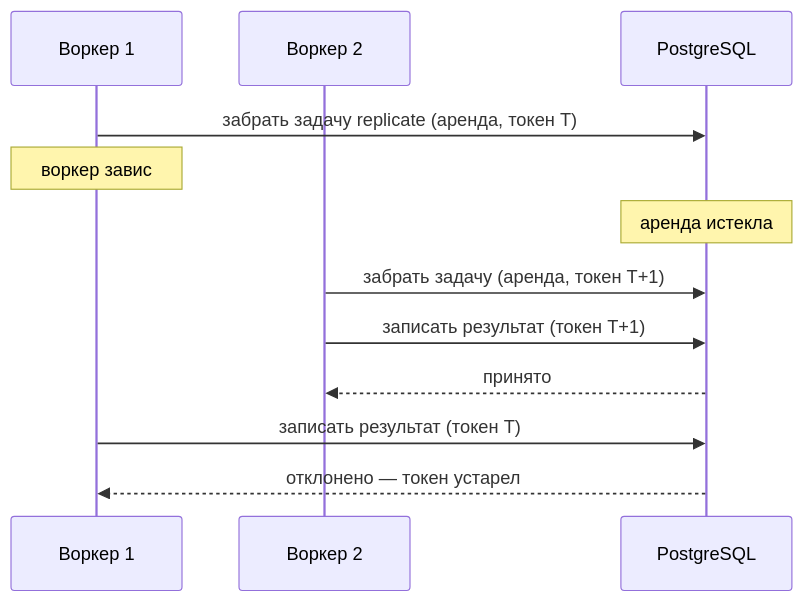
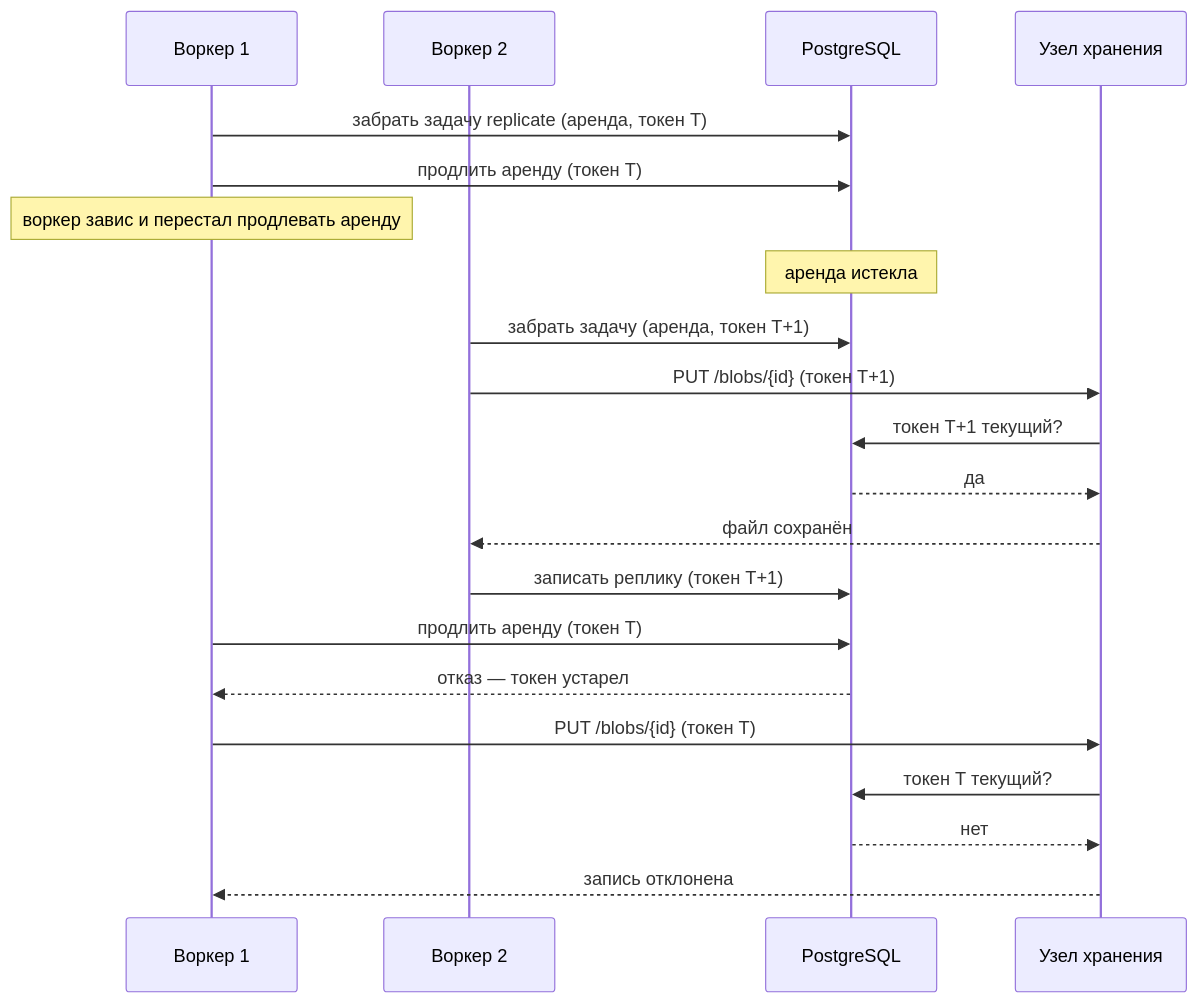
Before and after one commit to spbu-ds-practicum-2026/TheBoys: the ninth of 9 diagrams in docs/tr.md, drawn with Mermaid. The commit also changed other lines of this file, not shown here.

````diff
--- a/docs/tr.md
+++ b/docs/tr.md
@@ -407,14 +435,23 @@
 ```mermaid
 sequenceDiagram
   participant W1 as Воркер 1
   participant W2 as Воркер 2
   participant DB as PostgreSQL
+  participant S as Узел хранения
   W1->>DB: забрать задачу replicate (аренда, токен T)
-  Note over W1: воркер завис
+  W1->>DB: продлить аренду (токен T)
+  Note over W1: воркер завис и перестал продлевать аренду
   Note over DB: аренда истекла
   W2->>DB: забрать задачу (аренда, токен T+1)
-  W2->>DB: записать результат (токен T+1)
-  DB-->>W2: принято
-  W1->>DB: записать результат (токен T)
-  DB-->>W1: отклонено — токен устарел
+  W2->>S: PUT /blobs/{id} (токен T+1)
+  S->>DB: токен T+1 текущий?
+  DB-->>S: да
+  S-->>W2: файл сохранён
+  W2->>DB: записать реплику (токен T+1)
+  W1->>DB: продлить аренду (токен T)
+  DB-->>W1: отказ — токен устарел
+  W1->>S: PUT /blobs/{id} (токен T)
+  S->>DB: токен T текущий?
+  DB-->>S: нет
+  S-->>W1: запись отклонена
 ```
````
